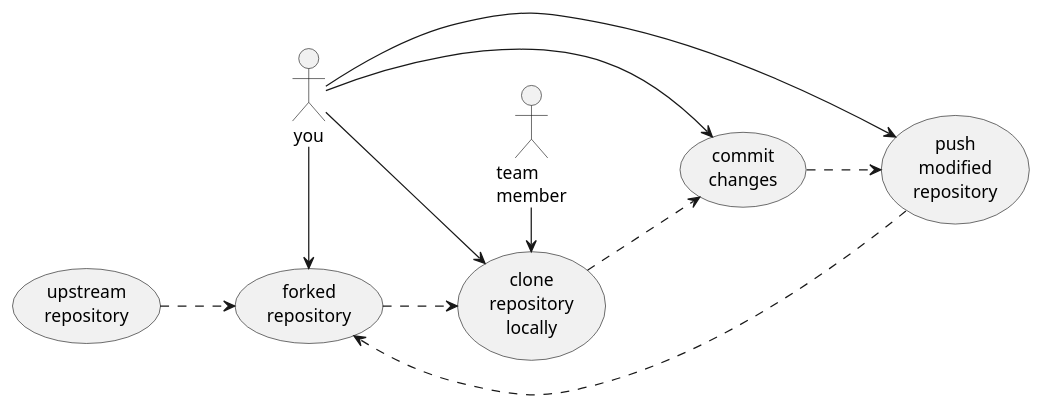
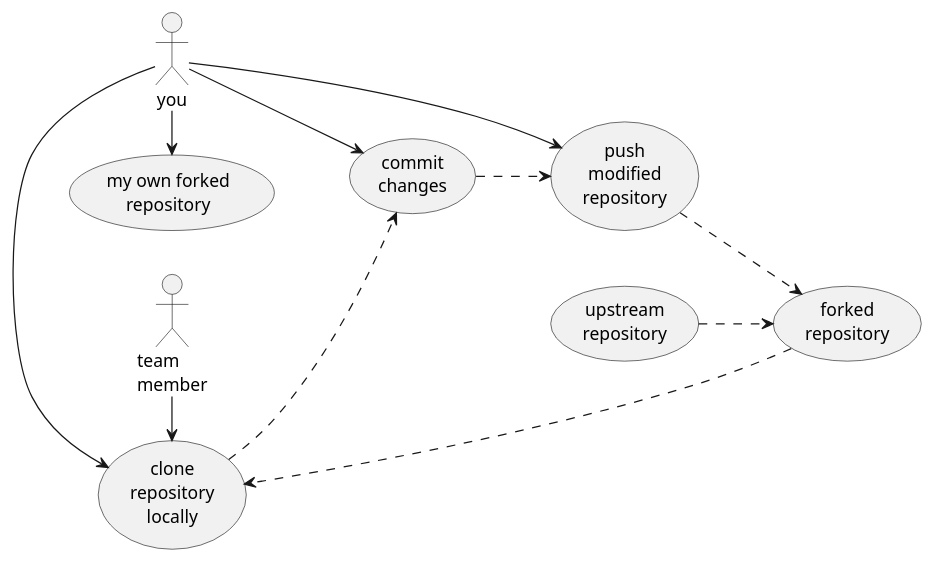
Before and after one commit to oriolvalles-gif/DIAGRAM: the first of 2 diagrams in src/exersizes/Forking.md, drawn with PlantUML. The commit also changed 6 other files, not shown here.

````diff
--- a/src/exersizes/Forking.md
+++ b/src/exersizes/Forking.md
@@ -5,23 +5,23 @@
 ```plantuml
 @startuml
 
 skinparam backgroundColor transparent
 left to right direction
 
 :you:
 :team\nmember:
 
 ':you: -> (upstream\nrepository)
-:you: -> (forked\nrepository)
+:you: -> (my own forked\nrepository)
 :you: -> (clone\nrepository\nlocally)
 :team\nmember: -> (clone\nrepository\nlocally)
 :you: -> (push\nmodified\nrepository)
 :you: -> (commit\nchanges)
 
 (upstream\nrepository) ..> (forked\nrepository)
 (forked\nrepository) ..> (clone\nrepository\nlocally)
 (clone\nrepository\nlocally) ..> (commit\nchanges)
 (commit\nchanges) ..> (push\nmodified\nrepository)
 (push\nmodified\nrepository) ..> (forked\nrepository)
 @enduml
 ```
````
